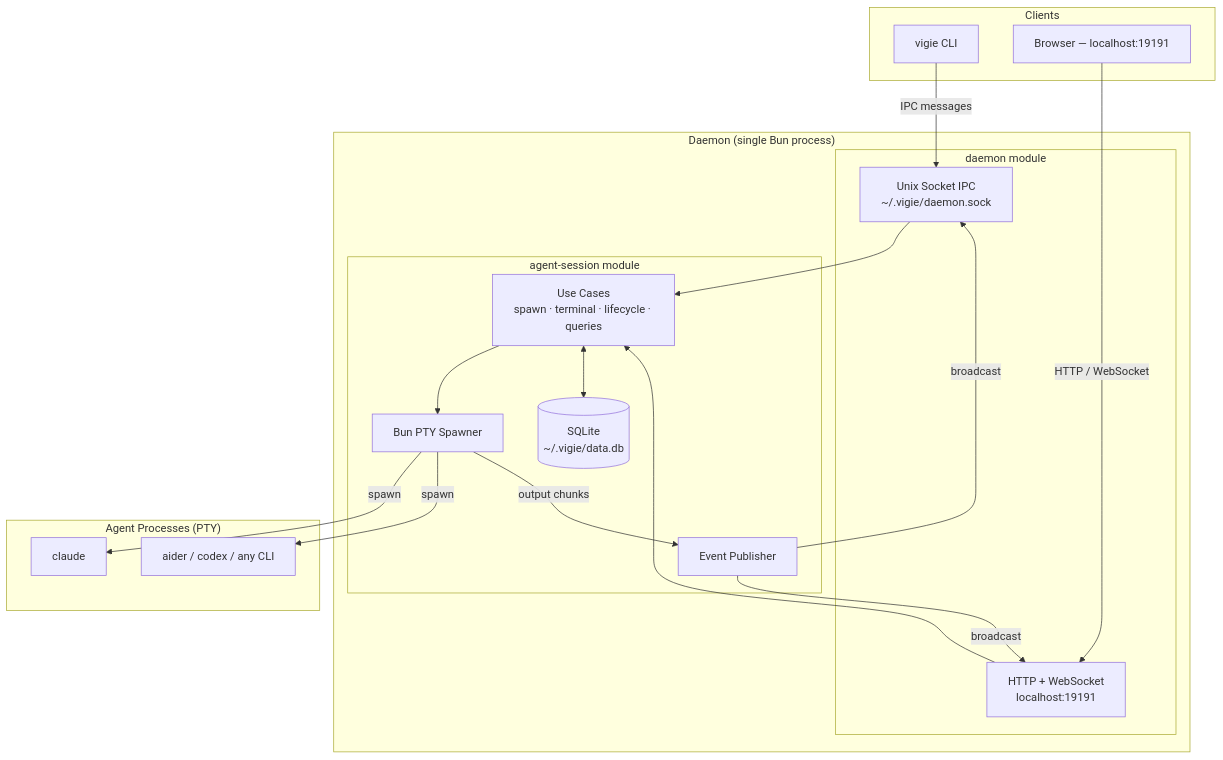
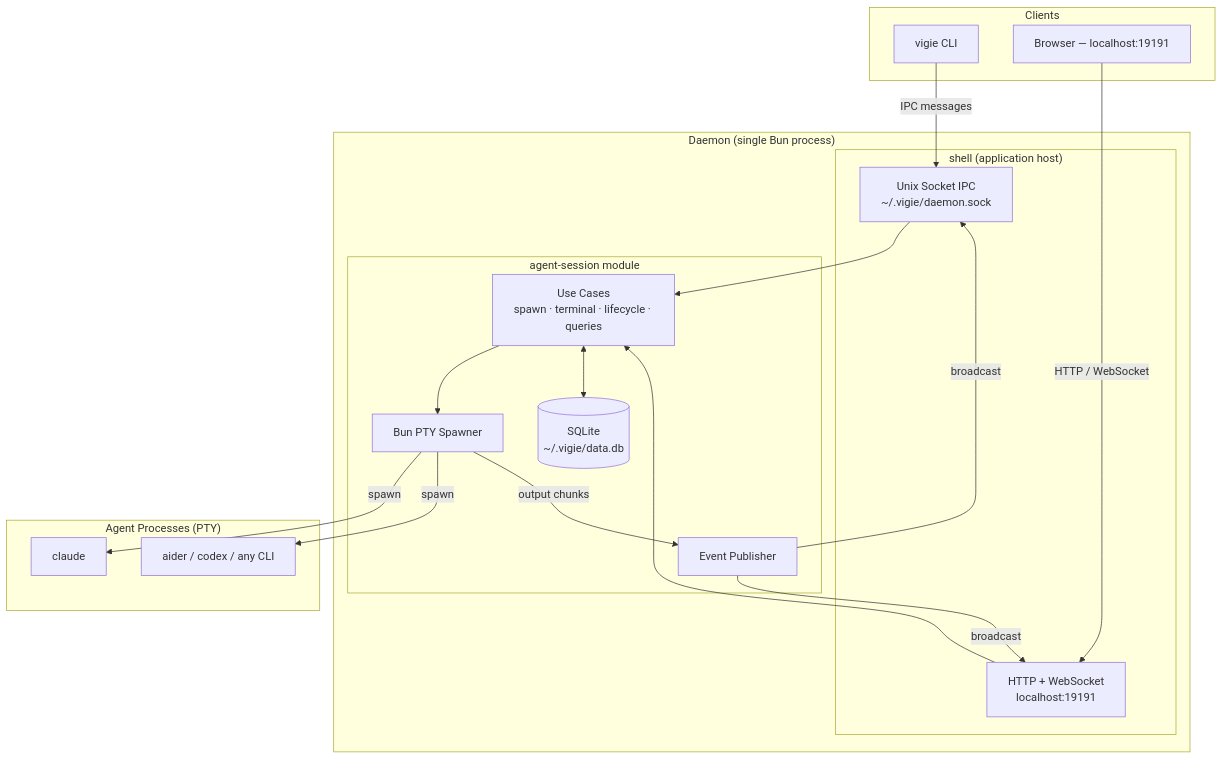
Before and after one commit to get-tmonier/vigie: the diagram in docs/architecture/overview.md, drawn with Mermaid. The commit also changed 1 other file, not shown here.

Commit message:
docs(architecture): update module map and overview for daemon → shell demotion

````diff
--- a/docs/architecture/overview.md
+++ b/docs/architecture/overview.md
@@ -5,37 +5,37 @@
 ```mermaid
 graph TB
     subgraph clients["Clients"]
         CLI["vigie CLI"]
         Browser["Browser — localhost:19191"]
     end
 
     subgraph daemon["Daemon (single Bun process)"]
-        subgraph daemon_mod["daemon module"]
+        subgraph shell["shell (application host)"]
             IPC["Unix Socket IPC<br/>~/.vigie/daemon.sock"]
             HTTP["HTTP + WebSocket<br/>localhost:19191"]
         end
         subgraph session_mod["agent-session module"]
             UC["Use Cases<br/>spawn · terminal · lifecycle · queries"]
             PTY["Bun PTY Spawner"]
             DB[("SQLite<br/>~/.vigie/data.db")]
             Events["Event Publisher"]
         end
     end
 
     subgraph agents["Agent Processes (PTY)"]
         Claude["claude"]
         Other["aider / codex / any CLI"]
     end
 
     CLI -->|"IPC messages"| IPC
     Browser -->|"HTTP / WebSocket"| HTTP
     IPC --> UC
     HTTP --> UC
     UC --> PTY
     UC <--> DB
     PTY -->|spawn| Claude
     PTY -->|spawn| Other
     PTY -->|output chunks| Events
     Events -->|broadcast| HTTP
     Events -->|broadcast| IPC
 ```
````
